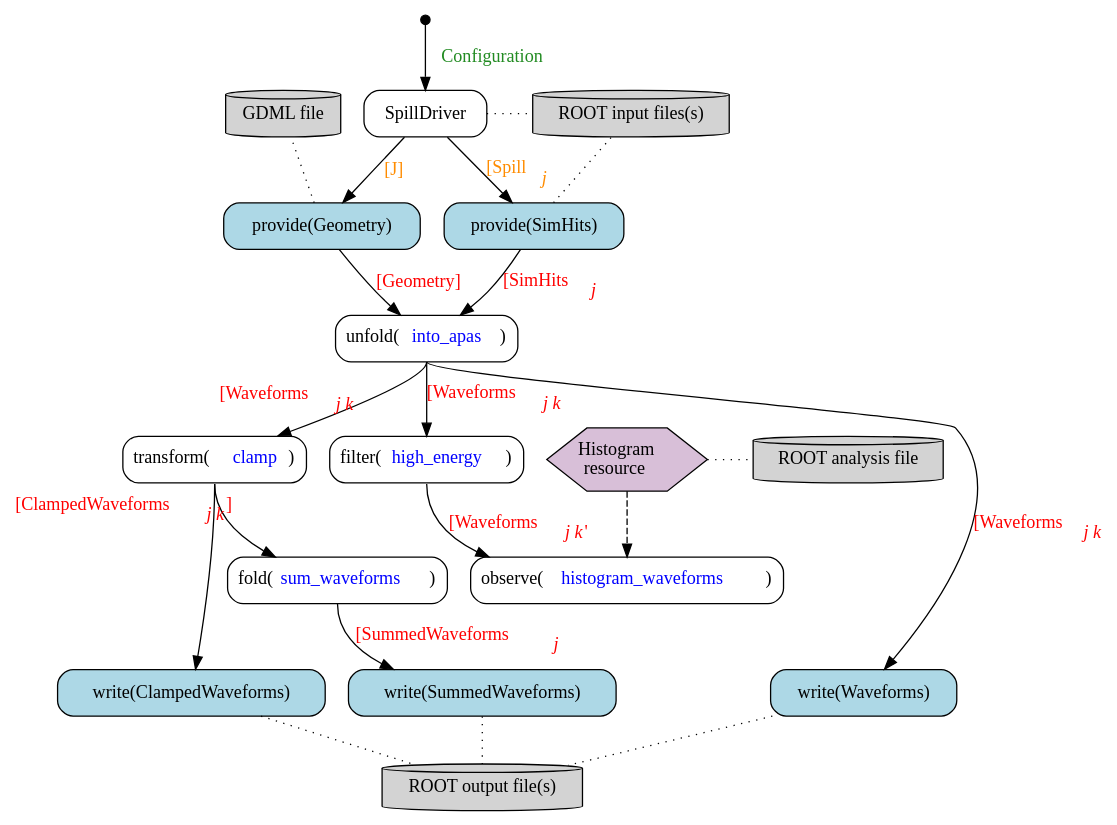
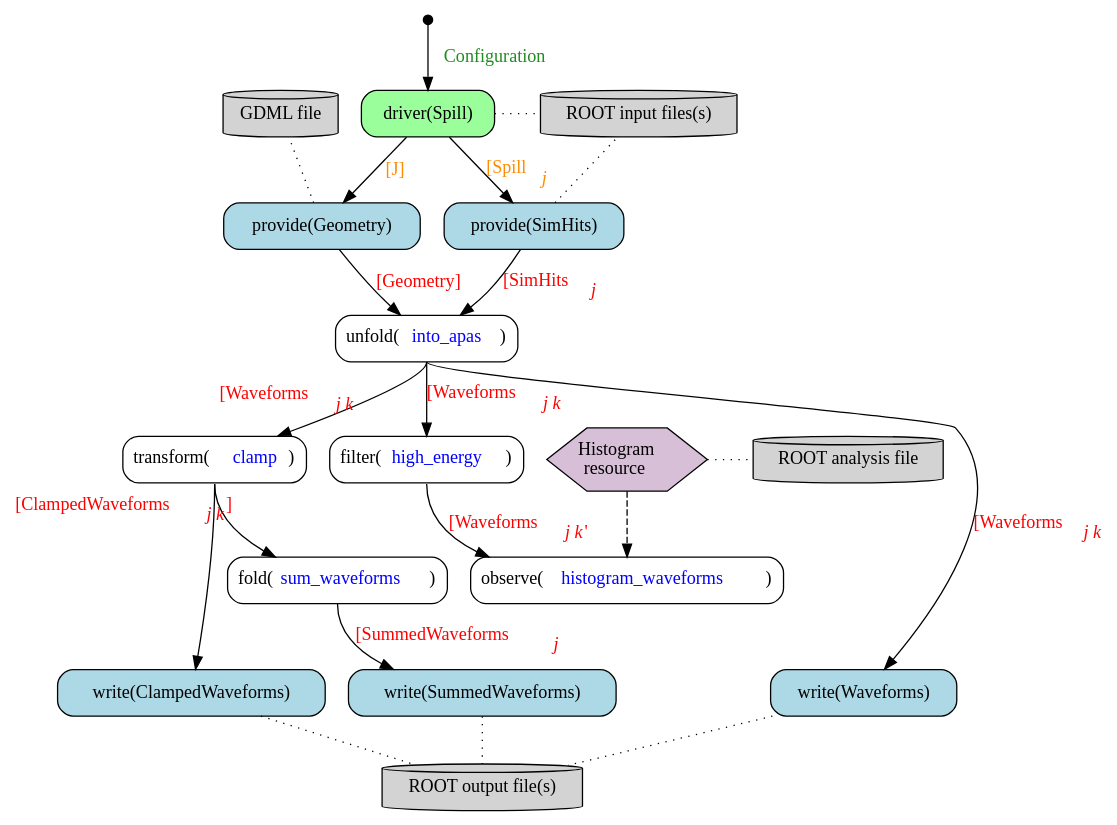
The diagram in doc/work-flow.gv (Framework-R-D/phlex-design), drawn with Graphviz before and after one commit. The commit also changed 1 other file, not shown here.

Commit message:
Change name of driver node

```diff
--- a/doc/work-flow.gv
+++ b/doc/work-flow.gv
@@ -1,75 +1,75 @@
 digraph {
   node [shape="box", style="rounded"]
   edge [fontcolor="red"];
 
   start [shape="point", width=0.1]
   unfold [label=<unfold(<font color="blue">into_apas</font>)>]
   transform [label=<transform(<font color="blue">clamp</font>)>]
   fold [label=<fold(<font color="blue">sum_waveforms</font>)>]
   filter [label=<filter(<font color="blue">high_energy</font>)>];
   observer [label=<observe(<font color="blue">histogram_waveforms</font>)>];
   out [label="ROOT output file(s)", shape="cylinder", style="filled", fillcolor="lightgray"]
 
   {
     rank=same;
     resource [label=<Histogram<br/> resource>,
               shape=hexagon,
               style=filled,
               fillcolor=thistle,
               margin=0];
     root [label="ROOT analysis file", style=filled, shape=cylinder];
   }
 
   start -> driver [label=" Configuration", fontcolor="forestgreen"];
 
   {
     rank=same;
     gdml [label="GDML file", shape="cylinder", style="filled", fillcolor="lightgray"]
-    driver [label="SpillDriver"];
+    driver [label="driver(Spill)", style="rounded,filled",fillcolor="palegreen1"];
     input [label="ROOT input files(s)", shape="cylinder", style="filled", fillcolor="lightgray"];
   }
 
   driver -> input [style="dotted", arrowhead=none];
 
   // Providers
   {
     rank=same;
     geometry_provider [label="provide(Geometry)", style="filled,rounded", fillcolor="lightblue"];
     sim_hits_provider [label="provide(SimHits)", style="filled,rounded" fillcolor="lightblue"];
   }
 
   driver -> geometry_provider [label=" [J]", fontcolor="darkorange"];
   driver -> sim_hits_provider [label=< [Spill<sub><i>j</i></sub>]>, fontcolor="darkorange"];
 
   geometry_provider -> gdml [style="dotted", arrowhead=none];
   resource -> root [style="dotted", arrowhead=none];
 
   sim_hits_provider -> input [style="dotted", arrowhead=none];
   sim_hits_provider -> unfold [label=< [SimHits<sub><i>j</i></sub>]>];
   geometry_provider -> unfold [label=< [Geometry]>];
 
   unfold:s -> transform [xlabel=< [Waveforms<sub><i>j k</i></sub>]>];
   transform:s -> fold [taillabel=<[ClampedWaveforms<sub><i>j k</i></sub>] >,
                        labelangle=-80,
                        labeldistance=7
                       ];
 
   // Writers
   {
     rank=same;
     waveforms_writer [label="write(Waveforms)", style="filled,rounded", fillcolor="lightblue"];
     summed_waveforms_writer [label="write(SummedWaveforms)", style="filled,rounded", fillcolor="lightblue"];
     clamped_waveforms_writer [label="write(ClampedWaveforms)", style="filled,rounded" fillcolor="lightblue"];
   }
 
   unfold:s -> waveforms_writer [label=<[Waveforms<sub><i>j k</i></sub>]>];
   transform:s -> clamped_waveforms_writer;
   fold:s -> summed_waveforms_writer [label=< [SummedWaveforms<sub><i>j</i></sub>]>];
 
   {waveforms_writer, clamped_waveforms_writer, summed_waveforms_writer} -> out [style="dotted", arrowhead=none]
 
   unfold:s -> filter [label=< [Waveforms<sub><i>j k</i></sub>]>];
   filter:s -> observer [label=< [Waveforms<sub><i>j k</i> '</sub>]>];
   resource -> observer [style="dashed"];
 
 }
```
